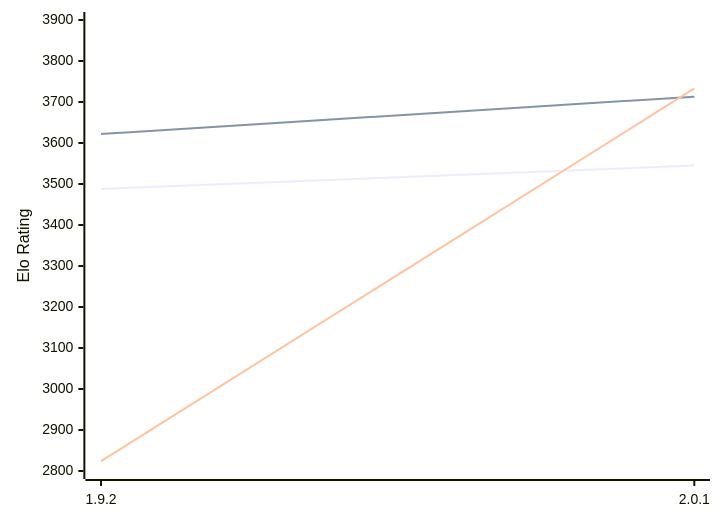
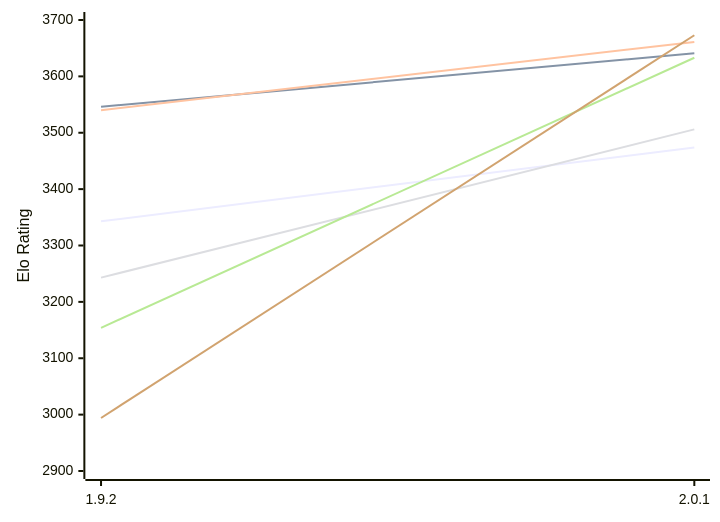
The first of 2 diagrams in engines/Pawnocchio.md (computer-chess-index/cci), drawn with Mermaid before and after one commit. The commit also changed other lines of this file, not shown here.

Commit message:
Update CCI Ratings (ELO VLTC) - 2026-11-13

````diff
--- a/engines/Pawnocchio.md
+++ b/engines/Pawnocchio.md
@@ -51,12 +52,12 @@
 ```mermaid
 %%{init: {"theme":"base","themeVariables":{"seriesColors:['#a3a3a3','#222221','#faa371']}}}%%
 xychart-beta
   x-axis ["1.9.2", "2.0.1"]
-  y-axis "Elo Rating" 2800 --> 3900
-  line "E1: STC (8.0+0.08s)" [3488, 3545]
-  line "E1: LTC (60.0+0.60s)" [3622, 3713]
-  line "E1: VLTC (2m24s+1.12s)" [2824, 3733]
-  line "P1: STC (8.0+0.08s)" [3673]
-  line "P1: LTC (60.0+0.60s)" [3800]
-  line "P1: VLTC (2m24s+1.12s)" [3841]
+  y-axis "Elo Rating" 2900 --> 3700
+  line "E1: STC (8.0+0.08s)" [3343, 3474]
+  line "E1: LTC (60.0+0.60s)" [3546, 3641]
+  line "E1: VLTC (2m24s+1.12s)" [3540, 3661]
+  line "P1: STC (8.0+0.08s)" [3243, 3506]
+  line "P1: LTC (60.0+0.60s)" [3154, 3633]
+  line "P1: VLTC (2m24s+1.12s)" [2994, 3673]
 ```
````
